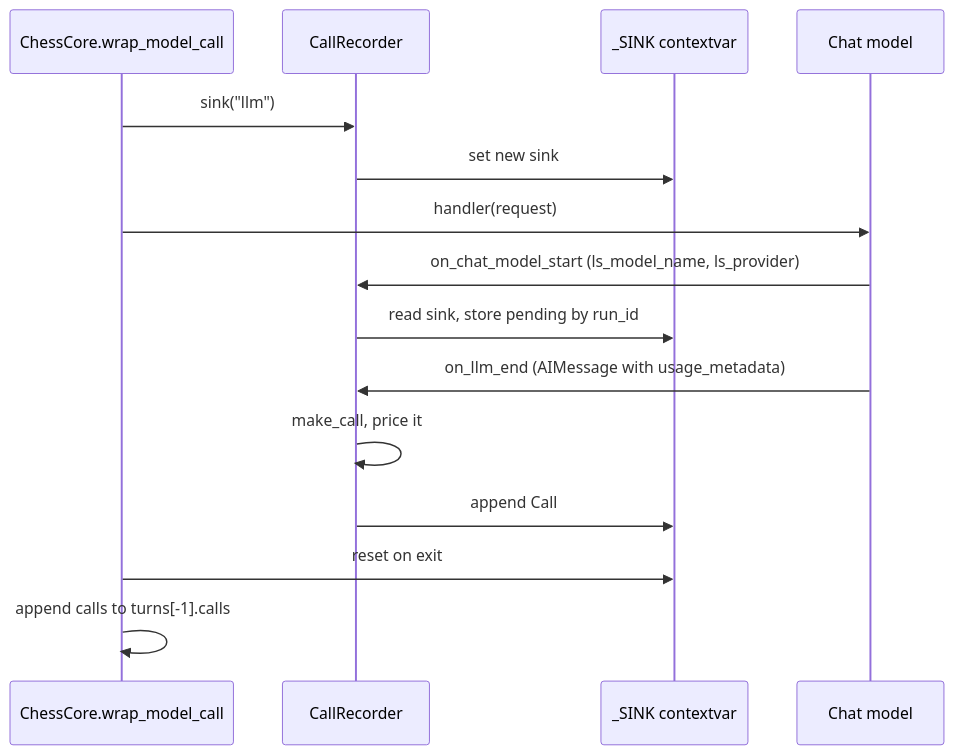
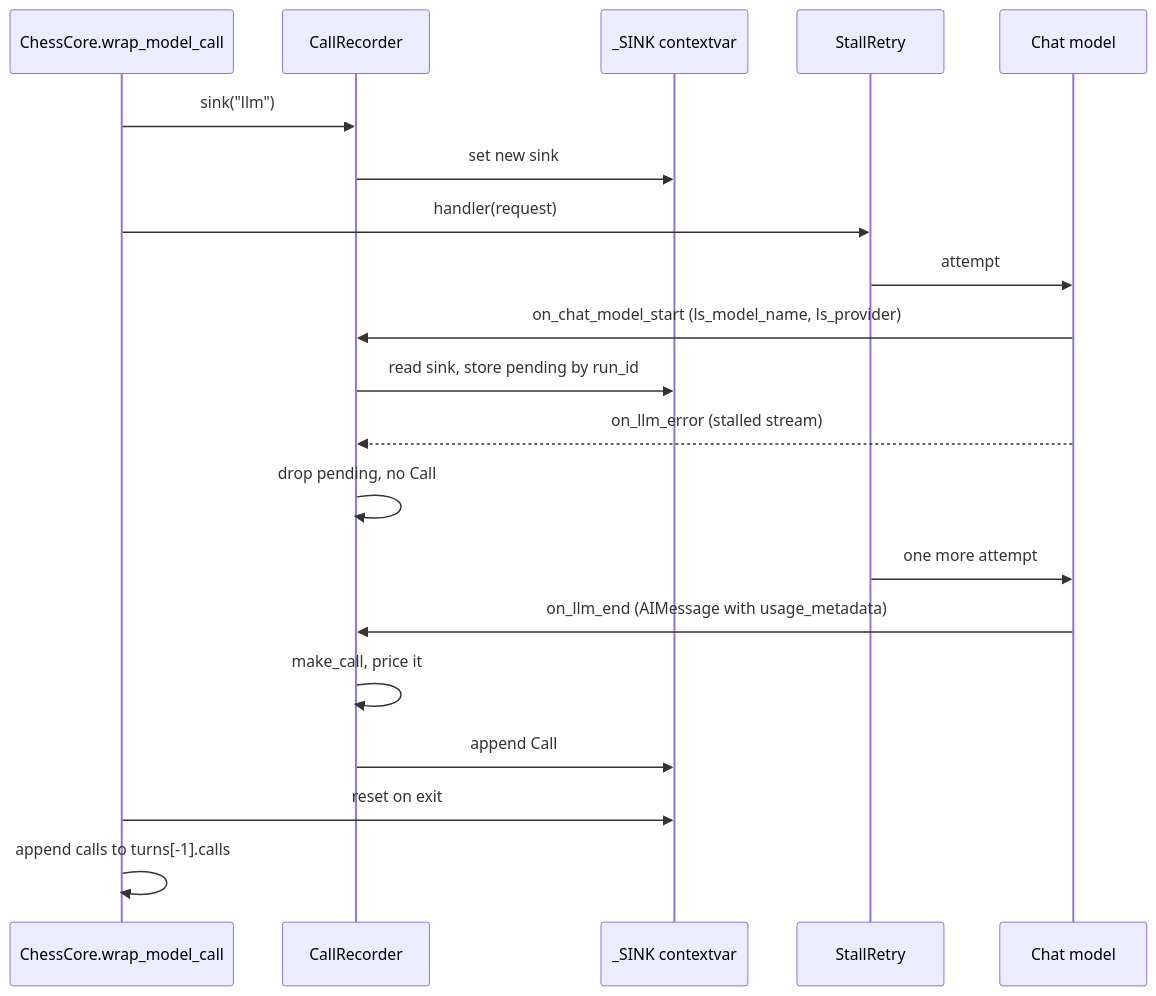
One commit to darieldatoon/langchain-chess changed the diagram in openwiki/concepts/models-gateway-and-cost.md. Above: the diagram before and after it, drawn with Mermaid. The commit also changed other lines of this file and 48 other files, not shown here.

````diff
--- a/openwiki/concepts/models-gateway-and-cost.md
+++ b/openwiki/concepts/models-gateway-and-cost.md
@@ -201,17 +258,22 @@
 ```mermaid
 sequenceDiagram
     participant Core as ChessCore.wrap_model_call
     participant Rec as CallRecorder
     participant Sink as _SINK contextvar
+    participant Retry as StallRetry
     participant Chat as Chat model
     Core->>Rec: sink("llm")
     Rec->>Sink: set new sink
-    Core->>Chat: handler(request)
+    Core->>Retry: handler(request)
+    Retry->>Chat: attempt
     Chat->>Rec: on_chat_model_start (ls_model_name, ls_provider)
     Rec->>Sink: read sink, store pending by run_id
+    Chat-->>Rec: on_llm_error (stalled stream)
+    Rec->>Rec: drop pending, no Call
+    Retry->>Chat: one more attempt
     Chat->>Rec: on_llm_end (AIMessage with usage_metadata)
     Rec->>Rec: make_call, price it
     Rec->>Sink: append Call
     Core->>Sink: reset on exit
     Core->>Core: append calls to turns[-1].calls
 ```
````
